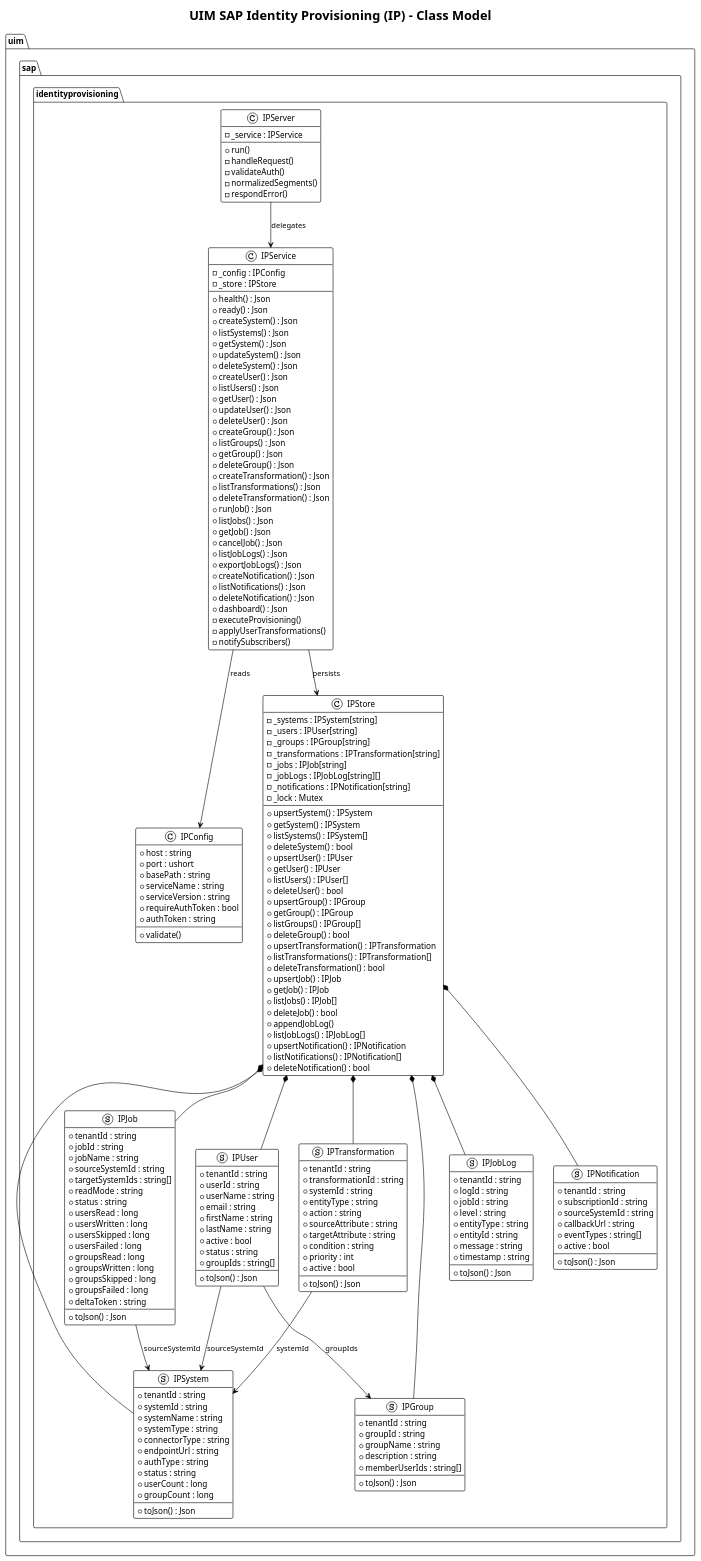
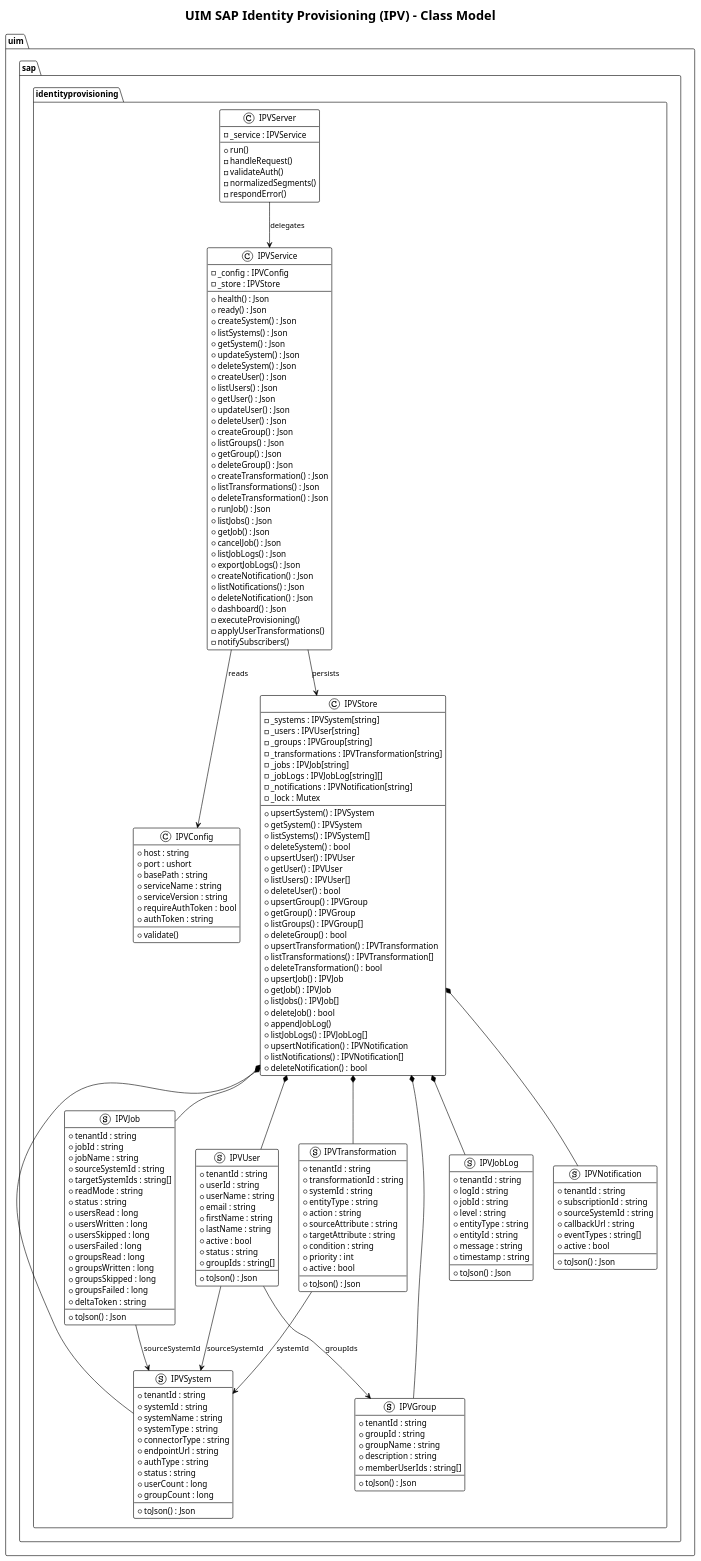
The diagram in identity-provisioning/docs/uml/class-model.puml (UIMSolutions/uim-sap-services), drawn with PlantUML before and after one commit. The commit also changed 38 other files, not shown here.

```diff
--- a/identity-provisioning/docs/uml/class-model.puml
+++ b/identity-provisioning/docs/uml/class-model.puml
@@ -1,10 +1,10 @@
 @startuml class_model
 !theme plain
 
-title UIM SAP Identity Provisioning (IP) - Class Model
+title UIM SAP Identity Provisioning (IPV) - Class Model
 
 package "uim.sap.identityprovisioning" {
-  class IPConfig {
+  class IPVConfig {
     +host : string
     +port : ushort
     +basePath : string
@@ -15,8 +15,8 @@
     +validate()
   }
 
-  class IPServer {
-    -_service : IPService
+  class IPVServer {
+    -_service : IPVService
     +run()
     -handleRequest()
     -validateAuth()
@@ -24,9 +24,9 @@
     -respondError()
   }
 
-  class IPService {
-    -_config : IPConfig
-    -_store : IPStore
+  class IPVService {
+    -_config : IPVConfig
+    -_store : IPVStore
     +health() : Json
     +ready() : Json
     +createSystem() : Json
@@ -61,42 +61,42 @@
     -notifySubscribers()
   }
 
-  class IPStore {
-    -_systems : IPSystem[string]
-    -_users : IPUser[string]
-    -_groups : IPGroup[string]
-    -_transformations : IPTransformation[string]
-    -_jobs : IPJob[string]
-    -_jobLogs : IPJobLog[string][]
-    -_notifications : IPNotification[string]
+  class IPVStore {
+    -_systems : IPVSystem[string]
+    -_users : IPVUser[string]
+    -_groups : IPVGroup[string]
+    -_transformations : IPVTransformation[string]
+    -_jobs : IPVJob[string]
+    -_jobLogs : IPVJobLog[string][]
+    -_notifications : IPVNotification[string]
     -_lock : Mutex
-    +upsertSystem() : IPSystem
-    +getSystem() : IPSystem
-    +listSystems() : IPSystem[]
+    +upsertSystem() : IPVSystem
+    +getSystem() : IPVSystem
+    +listSystems() : IPVSystem[]
     +deleteSystem() : bool
-    +upsertUser() : IPUser
-    +getUser() : IPUser
-    +listUsers() : IPUser[]
+    +upsertUser() : IPVUser
+    +getUser() : IPVUser
+    +listUsers() : IPVUser[]
     +deleteUser() : bool
-    +upsertGroup() : IPGroup
-    +getGroup() : IPGroup
-    +listGroups() : IPGroup[]
+    +upsertGroup() : IPVGroup
+    +getGroup() : IPVGroup
+    +listGroups() : IPVGroup[]
     +deleteGroup() : bool
-    +upsertTransformation() : IPTransformation
-    +listTransformations() : IPTransformation[]
+    +upsertTransformation() : IPVTransformation
+    +listTransformations() : IPVTransformation[]
     +deleteTransformation() : bool
-    +upsertJob() : IPJob
-    +getJob() : IPJob
-    +listJobs() : IPJob[]
+    +upsertJob() : IPVJob
+    +getJob() : IPVJob
+    +listJobs() : IPVJob[]
     +deleteJob() : bool
     +appendJobLog()
-    +listJobLogs() : IPJobLog[]
-    +upsertNotification() : IPNotification
-    +listNotifications() : IPNotification[]
+    +listJobLogs() : IPVJobLog[]
+    +upsertNotification() : IPVNotification
+    +listNotifications() : IPVNotification[]
     +deleteNotification() : bool
   }
 
-  struct IPSystem {
+  struct IPVSystem {
     +tenantId : string
     +systemId : string
     +systemName : string
@@ -110,7 +110,7 @@
     +toJson() : Json
   }
 
-  struct IPUser {
+  struct IPVUser {
     +tenantId : string
     +userId : string
     +userName : string
@@ -123,7 +123,7 @@
     +toJson() : Json
   }
 
-  struct IPGroup {
+  struct IPVGroup {
     +tenantId : string
     +groupId : string
     +groupName : string
@@ -132,7 +132,7 @@
     +toJson() : Json
   }
 
-  struct IPTransformation {
+  struct IPVTransformation {
     +tenantId : string
     +transformationId : string
     +systemId : string
@@ -146,7 +146,7 @@
     +toJson() : Json
   }
 
-  struct IPJob {
+  struct IPVJob {
     +tenantId : string
     +jobId : string
     +jobName : string
@@ -166,7 +166,7 @@
     +toJson() : Json
   }
 
-  struct IPJobLog {
+  struct IPVJobLog {
     +tenantId : string
     +logId : string
     +jobId : string
@@ -178,7 +178,7 @@
     +toJson() : Json
   }
 
-  struct IPNotification {
+  struct IPVNotification {
     +tenantId : string
     +subscriptionId : string
     +sourceSystemId : string
@@ -190,21 +190,21 @@
 }
 
 ' Relationships
-IPServer --> IPService : delegates
-IPService --> IPStore : persists
-IPService --> IPConfig : reads
+IPVServer --> IPVService : delegates
+IPVService --> IPVStore : persists
+IPVService --> IPVConfig : reads
 
-IPStore *-- IPSystem
-IPStore *-- IPUser
-IPStore *-- IPGroup
-IPStore *-- IPTransformation
-IPStore *-- IPJob
-IPStore *-- IPJobLog
-IPStore *-- IPNotification
+IPVStore *-- IPVSystem
+IPVStore *-- IPVUser
+IPVStore *-- IPVGroup
+IPVStore *-- IPVTransformation
+IPVStore *-- IPVJob
+IPVStore *-- IPVJobLog
+IPVStore *-- IPVNotification
 
-IPJob --> IPSystem : sourceSystemId
-IPTransformation --> IPSystem : systemId
-IPUser --> IPSystem : sourceSystemId
-IPUser --> IPGroup : groupIds
+IPVJob --> IPVSystem : sourceSystemId
+IPVTransformation --> IPVSystem : systemId
+IPVUser --> IPVSystem : sourceSystemId
+IPVUser --> IPVGroup : groupIds
 
 @enduml
```
